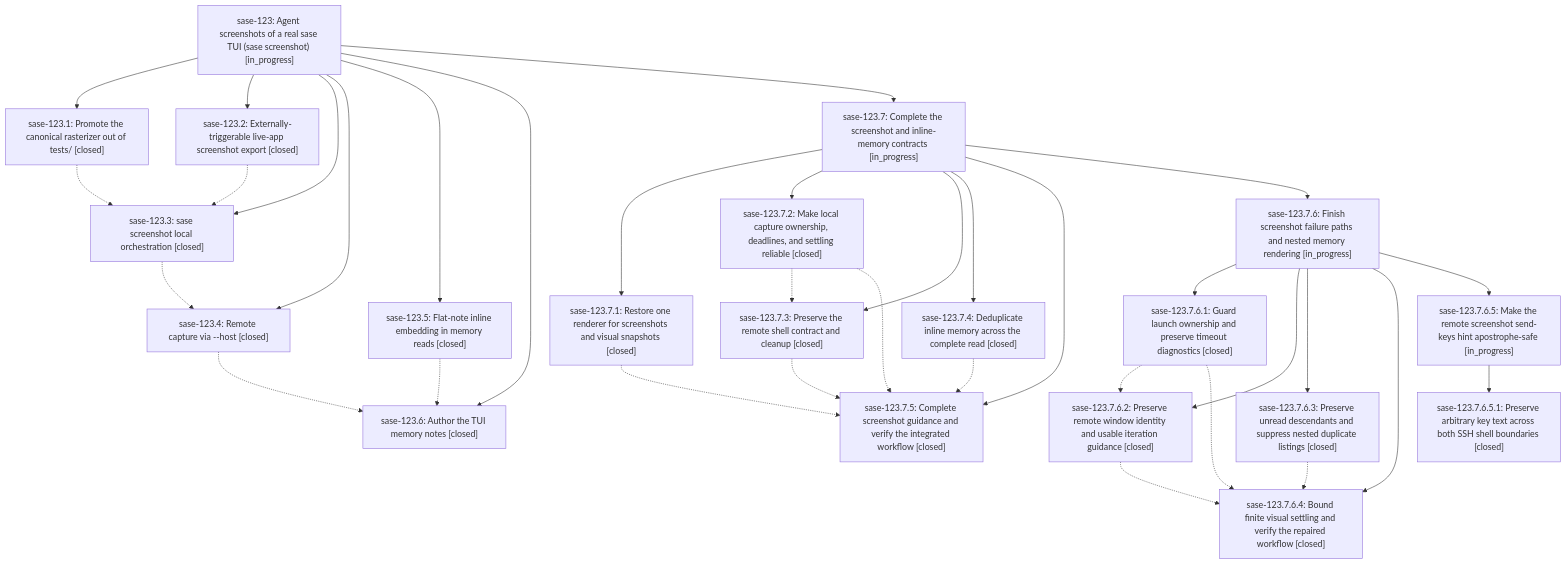
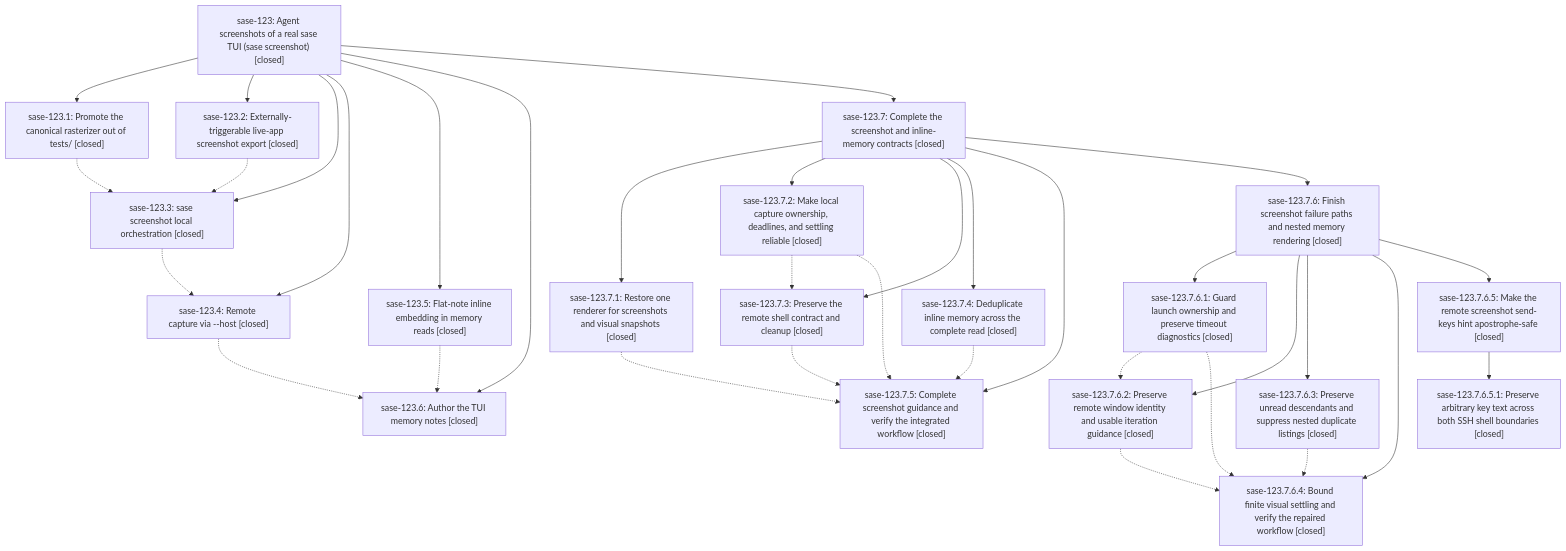
The diagram in pages/sase-123/README.md (sase-org/sase--beads), drawn with Mermaid before and after one commit. The commit also changed other lines of this file and 3 other files, not shown here.

````diff
--- a/pages/sase-123/README.md
+++ b/pages/sase-123/README.md
@@ -55,56 +57,56 @@
 ```mermaid
 flowchart TD
-    n0["sase-123: Agent screenshots of a real sase TUI (sase screenshot) [in_progress]"]
+    n0["sase-123: Agent screenshots of a real sase TUI (sase screenshot) [closed]"]
     n1["sase-123.1: Promote the canonical rasterizer out of tests/ [closed]"]
     n2["sase-123.2: Externally-triggerable live-app screenshot export [closed]"]
     n3["sase-123.3: sase screenshot local orchestration [closed]"]
     n4["sase-123.4: Remote capture via --host [closed]"]
     n5["sase-123.5: Flat-note inline embedding in memory reads [closed]"]
     n6["sase-123.6: Author the TUI memory notes [closed]"]
-    n7["sase-123.7: Complete the screenshot and inline-memory contracts [in_progress]"]
+    n7["sase-123.7: Complete the screenshot and inline-memory contracts [closed]"]
     n8["sase-123.7.1: Restore one renderer for screenshots and visual snapshots [closed]"]
     n9["sase-123.7.2: Make local capture ownership, deadlines, and settling reliable [closed]"]
     n10["sase-123.7.3: Preserve the remote shell contract and cleanup [closed]"]
     n11["sase-123.7.4: Deduplicate inline memory across the complete read [closed]"]
     n12["sase-123.7.5: Complete screenshot guidance and verify the integrated workflow [closed]"]
-    n13["sase-123.7.6: Finish screenshot failure paths and nested memory rendering [in_progress]"]
+    n13["sase-123.7.6: Finish screenshot failure paths and nested memory rendering [closed]"]
     n14["sase-123.7.6.1: Guard launch ownership and preserve timeout diagnostics [closed]"]
     n15["sase-123.7.6.2: Preserve remote window identity and usable iteration guidance [closed]"]
     n16["sase-123.7.6.3: Preserve unread descendants and suppress nested duplicate listings [closed]"]
     n17["sase-123.7.6.4: Bound finite visual settling and verify the repaired workflow [closed]"]
-    n18["sase-123.7.6.5: Make the remote screenshot send-keys hint apostrophe-safe [in_progress]"]
+    n18["sase-123.7.6.5: Make the remote screenshot send-keys hint apostrophe-safe [closed]"]
     n19["sase-123.7.6.5.1: Preserve arbitrary key text across both SSH shell boundaries [closed]"]
     n0 --> n1
     n0 --> n2
     n0 --> n3
     n0 --> n4
     n0 --> n5
     n0 --> n6
     n0 --> n7
     n7 --> n8
     n7 --> n9
     n7 --> n10
     n7 --> n11
     n7 --> n12
     n7 --> n13
     n13 --> n14
     n13 --> n15
     n13 --> n16
     n13 --> n17
     n13 --> n18
     n18 --> n19
     n1 -.-> n3
     n2 -.-> n3
     n3 -.-> n4
     n4 -.-> n6
     n5 -.-> n6
     n8 -.-> n12
     n9 -.-> n10
     n9 -.-> n12
     n10 -.-> n12
     n11 -.-> n12
     n14 -.-> n15
     n14 -.-> n17
     n15 -.-> n17
     n16 -.-> n17
 ```
````
